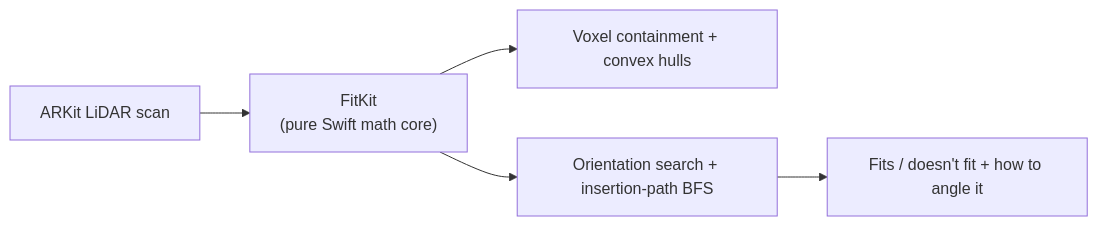
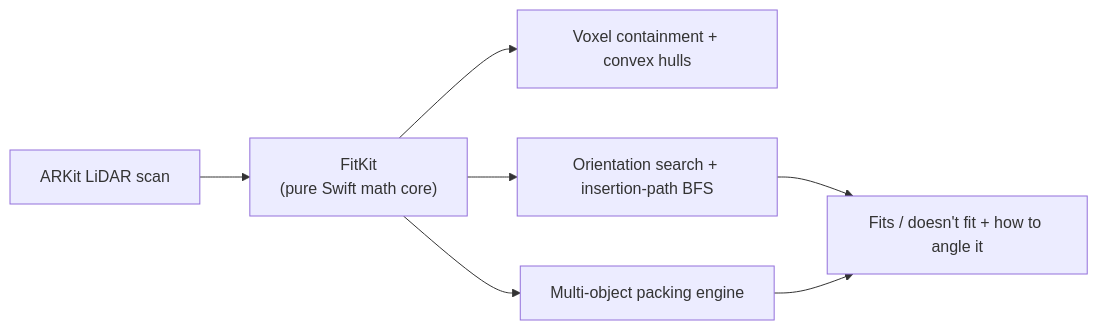
One commit to stewartburton/stewartburton.github.io changed the diagram in site/src/content/work/will-it-fit.md. Above: the diagram before and after it, drawn with Mermaid. The commit also changed other lines of this file and 7 other files, not shown here.

````diff
--- a/site/src/content/work/will-it-fit.md
+++ b/site/src/content/work/will-it-fit.md
@@ -20,7 +20,9 @@
 ```mermaid
 flowchart LR
     LiDAR["ARKit LiDAR scan"] --> FitKit["FitKit\n(pure Swift math core)"]
     FitKit --> Voxels["Voxel containment + convex hulls"]
     FitKit --> Search["Orientation search + insertion-path BFS"]
+    FitKit --> Pack["Multi-object packing engine"]
     Search --> Result["Fits / doesn't fit + how to angle it"]
+    Pack --> Result
 ```
````
